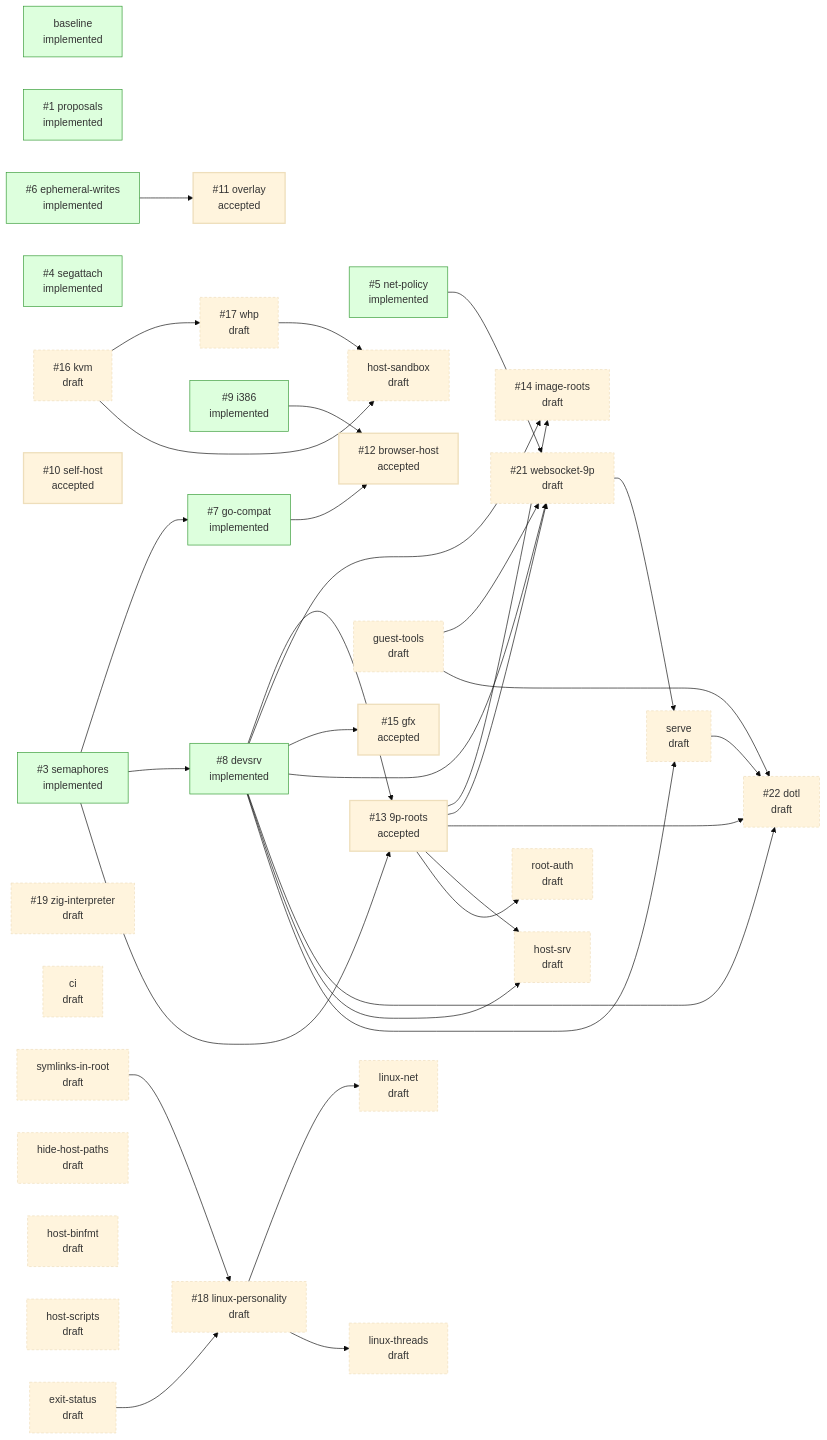
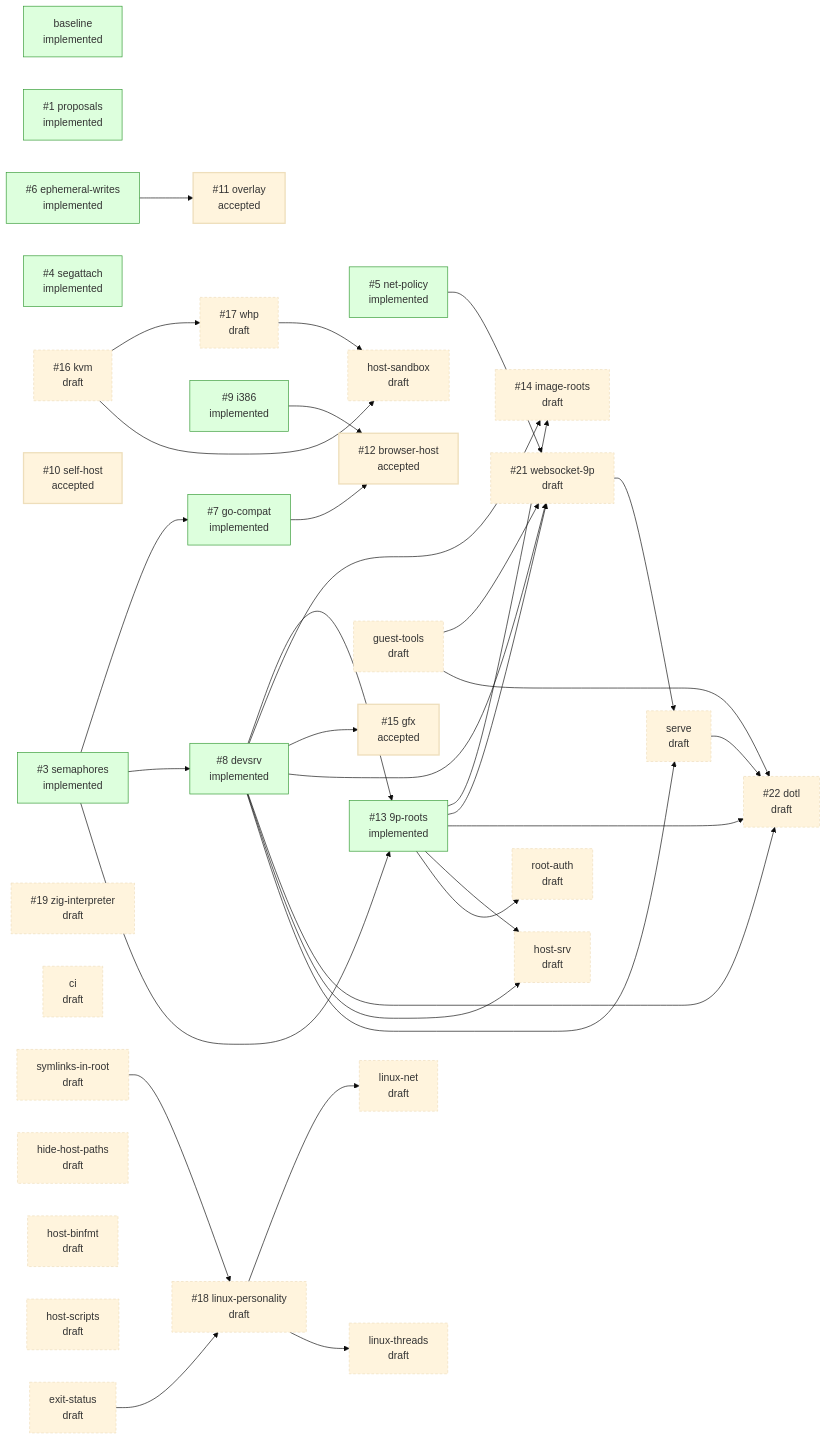
Before and after one commit to progrium/hyper9: the diagram in README.md, drawn with Mermaid (base theme). The commit also changed other lines of this file and 14 other files, not shown here.

````diff
--- a/README.md
+++ b/README.md
@@ -51,71 +51,71 @@
 ```mermaid
 flowchart LR
   classDef draft stroke-dasharray: 4 3
   classDef accepted stroke-width: 2px
   classDef implemented fill:#dfd,stroke:#393
   classDef closed fill:#eee,stroke:#999,color:#777
   p_baseline["baseline<br/>implemented"]:::implemented
   p_proposals["#35;1 proposals<br/>implemented"]:::implemented
   p_semaphores["#35;3 semaphores<br/>implemented"]:::implemented
   p_segattach["#35;4 segattach<br/>implemented"]:::implemented
   p_net_policy["#35;5 net-policy<br/>implemented"]:::implemented
   p_ephemeral_writes["#35;6 ephemeral-writes<br/>implemented"]:::implemented
   p_go_compat["#35;7 go-compat<br/>implemented"]:::implemented
   p_devsrv["#35;8 devsrv<br/>implemented"]:::implemented
   p_i386["#35;9 i386<br/>implemented"]:::implemented
   p_self_host["#35;10 self-host<br/>accepted"]:::accepted
   p_overlay["#35;11 overlay<br/>accepted"]:::accepted
   p_browser_host["#35;12 browser-host<br/>accepted"]:::accepted
-  p_9p_roots["#35;13 9p-roots<br/>accepted"]:::accepted
+  p_9p_roots["#35;13 9p-roots<br/>implemented"]:::implemented
   p_image_roots["#35;14 image-roots<br/>draft"]:::draft
   p_gfx["#35;15 gfx<br/>accepted"]:::accepted
   p_kvm["#35;16 kvm<br/>draft"]:::draft
   p_whp["#35;17 whp<br/>draft"]:::draft
   p_linux_personality["#35;18 linux-personality<br/>draft"]:::draft
   p_zig_interpreter["#35;19 zig-interpreter<br/>draft"]:::draft
   p_websocket_9p["#35;21 websocket-9p<br/>draft"]:::draft
   p_dotl["#35;22 dotl<br/>draft"]:::draft
   p_ci["ci<br/>draft"]:::draft
   p_exit_status["exit-status<br/>draft"]:::draft
   p_guest_tools["guest-tools<br/>draft"]:::draft
   p_hide_host_paths["hide-host-paths<br/>draft"]:::draft
   p_host_binfmt["host-binfmt<br/>draft"]:::draft
   p_host_sandbox["host-sandbox<br/>draft"]:::draft
   p_host_scripts["host-scripts<br/>draft"]:::draft
   p_host_srv["host-srv<br/>draft"]:::draft
   p_linux_net["linux-net<br/>draft"]:::draft
   p_linux_threads["linux-threads<br/>draft"]:::draft
   p_root_auth["root-auth<br/>draft"]:::draft
   p_serve["serve<br/>draft"]:::draft
   p_symlinks_in_root["symlinks-in-root<br/>draft"]:::draft
   p_semaphores --> p_go_compat
   p_semaphores --> p_devsrv
   p_ephemeral_writes --> p_overlay
   p_go_compat --> p_browser_host
   p_i386 --> p_browser_host
   p_semaphores --> p_9p_roots
   p_devsrv --> p_9p_roots
   p_devsrv --> p_image_roots
   p_9p_roots --> p_image_roots
   p_devsrv --> p_gfx
   p_kvm --> p_whp
   p_symlinks_in_root --> p_linux_personality
   p_exit_status --> p_linux_personality
   p_net_policy --> p_websocket_9p
   p_devsrv --> p_websocket_9p
   p_9p_roots --> p_websocket_9p
   p_guest_tools --> p_websocket_9p
   p_devsrv --> p_dotl
   p_9p_roots --> p_dotl
   p_serve --> p_dotl
   p_guest_tools --> p_dotl
   p_kvm --> p_host_sandbox
   p_whp --> p_host_sandbox
   p_devsrv --> p_host_srv
   p_9p_roots --> p_host_srv
   p_linux_personality --> p_linux_net
   p_linux_personality --> p_linux_threads
   p_9p_roots --> p_root_auth
   p_devsrv --> p_serve
   p_websocket_9p --> p_serve
 ```
````
